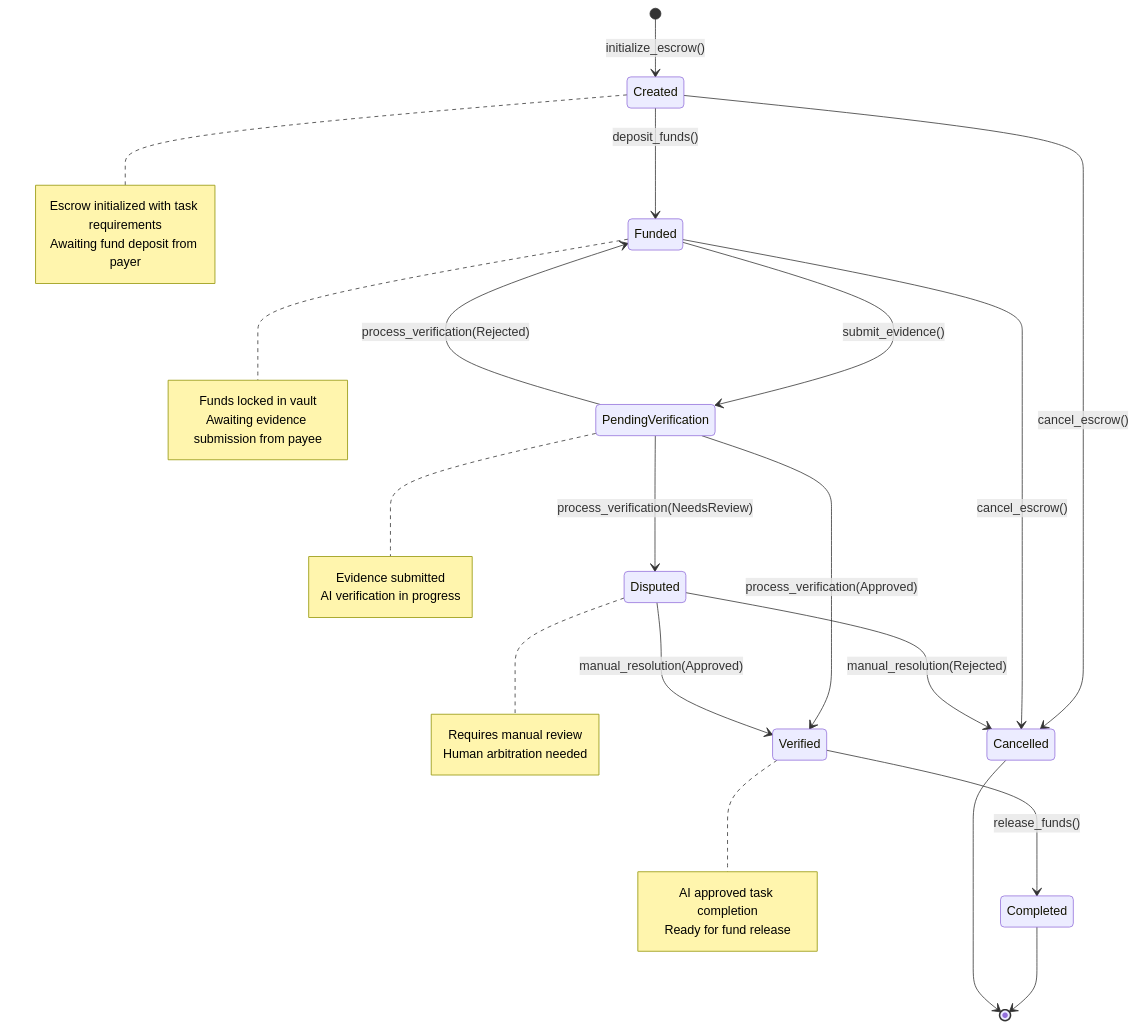
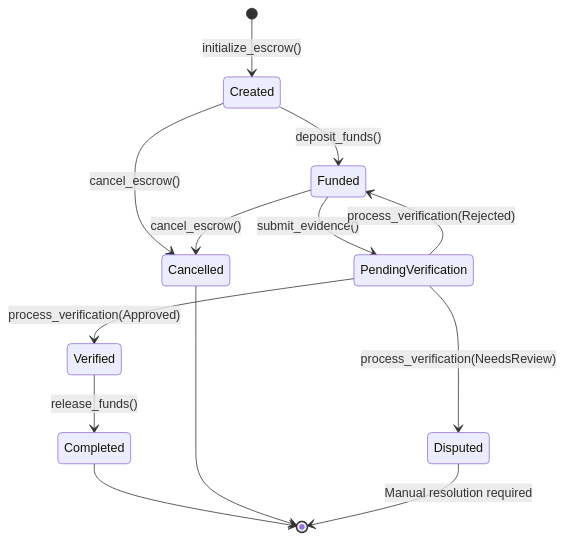
Before and after one commit to De-real-iManuel/aetherlock-docs: the diagram in design/solana-escrow-contract.mdx, drawn with Mermaid. The commit also changed other lines of this file and 144 other files, not shown here.

````diff
--- a/design/solana-escrow-contract.mdx
+++ b/design/solana-escrow-contract.mdx
@@ -1211,47 +531,19 @@
 ```mermaid
 stateDiagram-v2
-    [*] --> Created : initialize_escrow()
+    [*] --> Created: initialize_escrow()
+    Created --> Funded: deposit_funds()
+    Created --> Cancelled: cancel_escrow()
     
-    Created --> Funded : deposit_funds()
-    Created --> Cancelled : cancel_escrow()
+    Funded --> PendingVerification: submit_evidence()
+    Funded --> Cancelled: cancel_escrow()
     
-    Funded --> PendingVerification : submit_evidence()
-    Funded --> Cancelled : cancel_escrow()
+    PendingVerification --> Verified: process_verification(Approved)
+    PendingVerification --> Funded: process_verification(Rejected)
+    PendingVerification --> Disputed: process_verification(NeedsReview)
     
-    PendingVerification --> Verified : process_verification(Approved)
-    PendingVerification --> Funded : process_verification(Rejected)
-    PendingVerification --> Disputed : process_verification(NeedsReview)
-    
-    Verified --> Completed : release_funds()
-    
-    Disputed --> Verified : manual_resolution(Approved)
-    Disputed --> Cancelled : manual_resolution(Rejected)
+    Verified --> Completed: release_funds()
     
     Completed --> [*]
     Cancelled --> [*]
-    
-    note right of Created
-        Escrow initialized with task requirements
-        Awaiting fund deposit from payer
-    end note
-    
-    note right of Funded
-        Funds locked in vault
-        Awaiting evidence submission from payee
-    end note
-    
-    note right of PendingVerification
-        Evidence submitted
-        AI verification in progress
-    end note
-    
-    note right of Verified
-        AI approved task completion
-        Ready for fund release
-    end note
-    
-    note right of Disputed
-        Requires manual review
-        Human arbitration needed
-    end note
+    Disputed --> [*]: Manual resolution required
 ```
````
